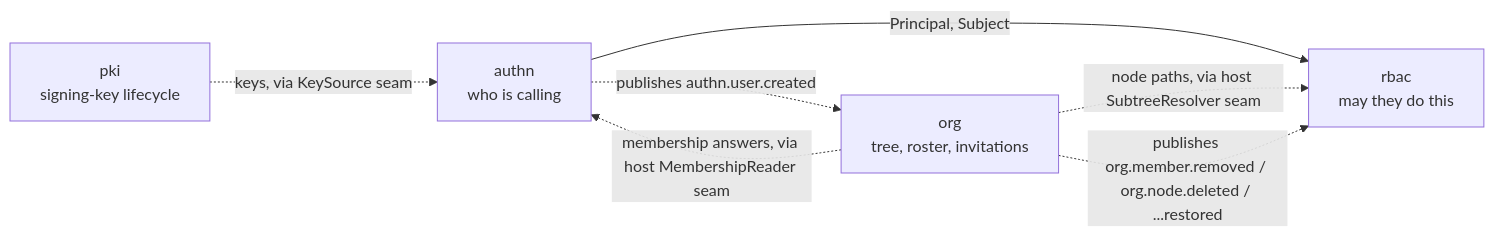
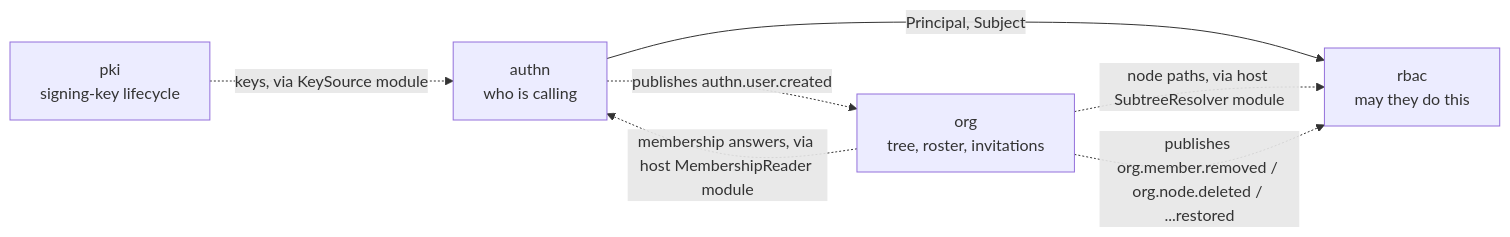
One commit to vislake/speed changed the diagram in docs/site/content.en/docs/developer-docs/modules/identity/_index.md. Above: the diagram before and after it, drawn with Mermaid. The commit also changed other lines of this file and 71 other files, not shown here.

First line of the commit message:
docs(site): rewrite the English seam wording as module/component

````diff
--- a/docs/site/content.en/docs/developer-docs/modules/identity/_index.md
+++ b/docs/site/content.en/docs/developer-docs/modules/identity/_index.md
@@ -95,14 +95,14 @@
 ```mermaid
 flowchart LR
     A[authn<br/>who is calling]
     R[rbac<br/>may they do this]
     O[org<br/>tree, roster, invitations]
     P[pki<br/>signing-key lifecycle]
 
     A -->|Principal, Subject| R
-    O -.->|membership answers, via host MembershipReader seam| A
-    O -.->|node paths, via host SubtreeResolver seam| R
-    P -.->|keys, via KeySource seam| A
+    O -.->|membership answers, via host MembershipReader module| A
+    O -.->|node paths, via host SubtreeResolver module| R
+    P -.->|keys, via KeySource module| A
     A -.->|publishes authn.user.created| O
     O -.->|publishes org.member.removed / org.node.deleted / ...restored| R
 ```
````
